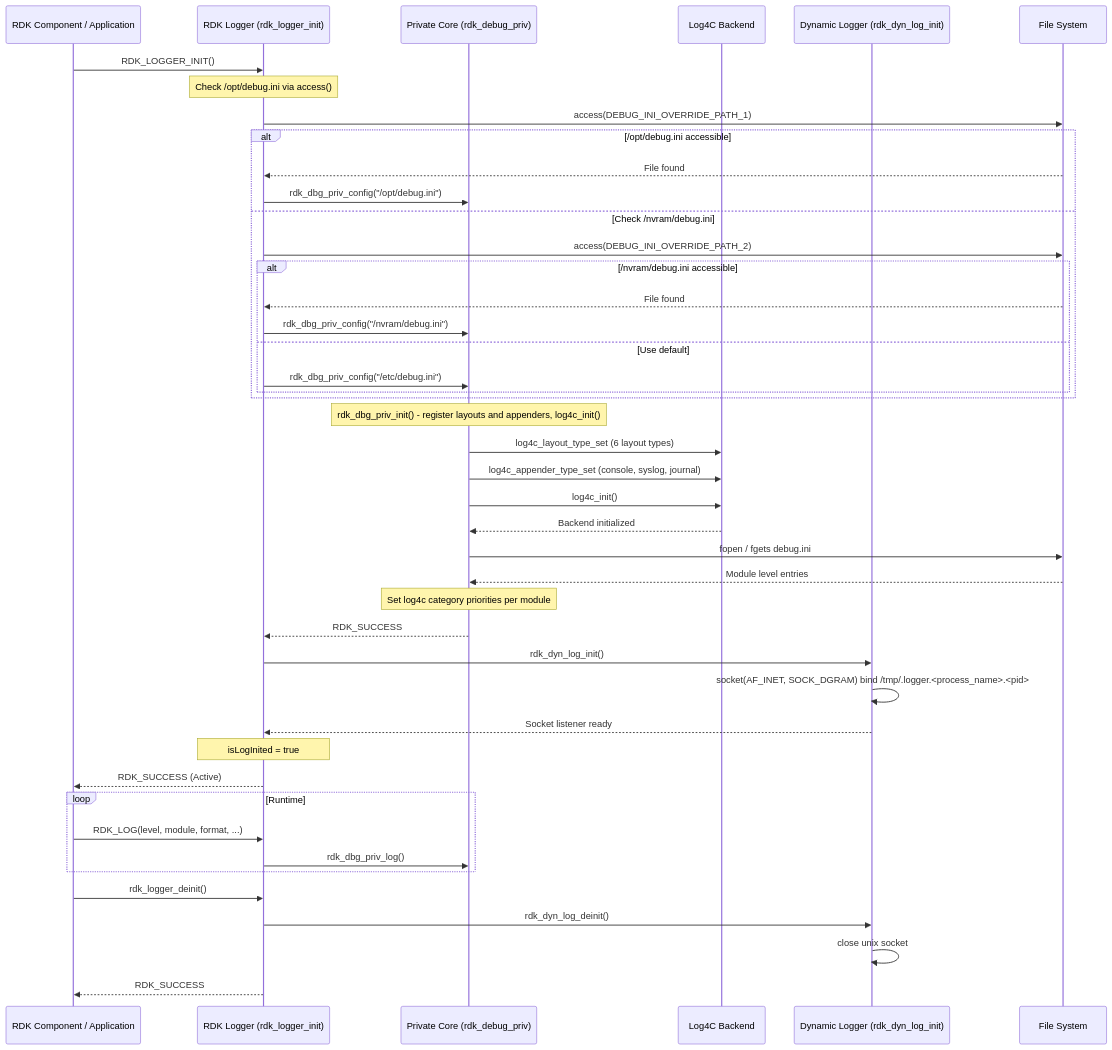
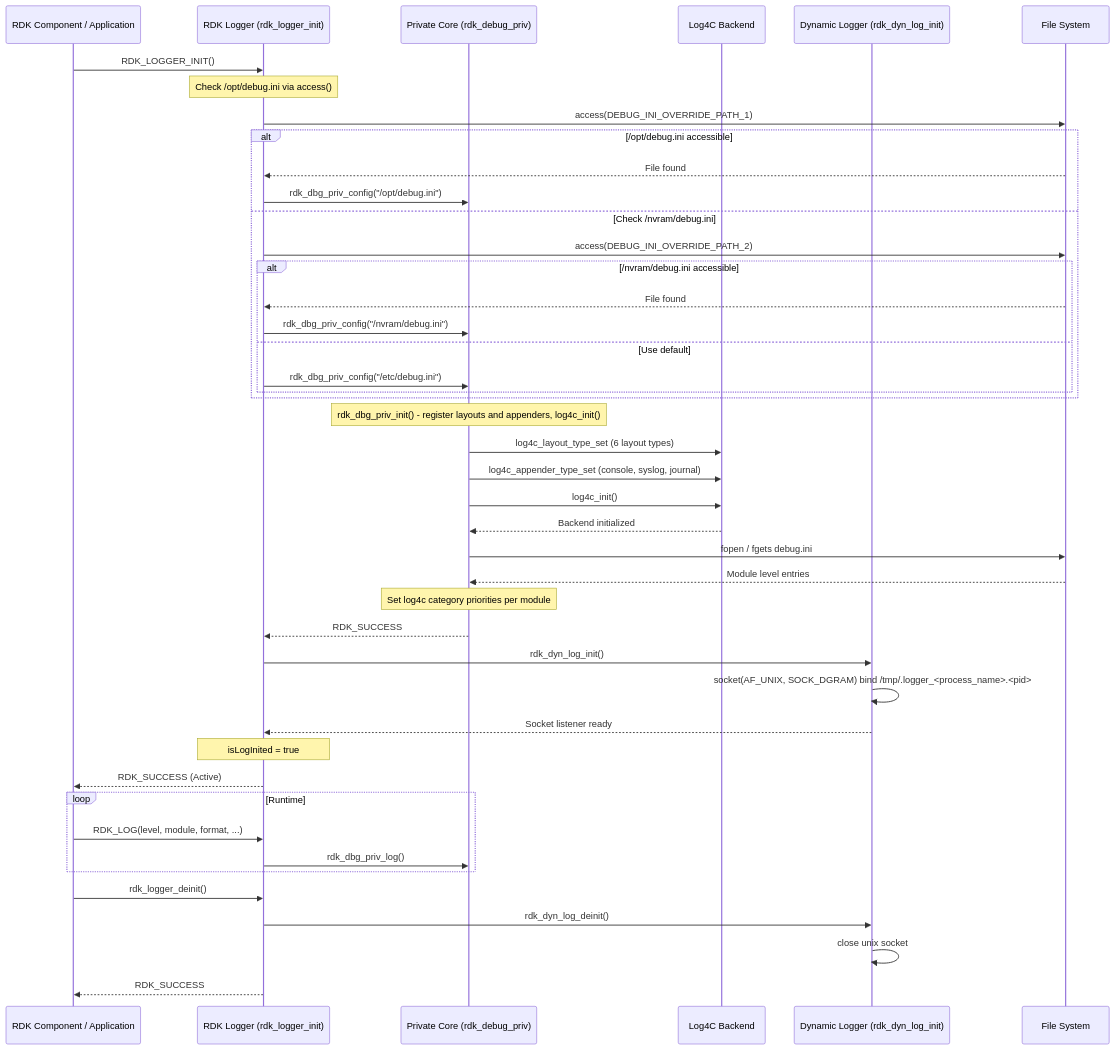
One commit to rdkcentral/rdk_logger changed the third of 8 diagrams in docs/README.md. Above: the diagram before and after it, drawn with Mermaid. The commit also changed other lines of this file and 1 other file, not shown here.

````diff
--- a/docs/README.md
+++ b/docs/README.md
@@ -137,52 +137,52 @@
 ```mermaid
 sequenceDiagram
     participant App as RDK Component / Application
     participant Logger as RDK Logger (rdk_logger_init)
     participant PrivCore as Private Core (rdk_debug_priv)
     participant Log4C as Log4C Backend
     participant DynLog as Dynamic Logger (rdk_dyn_log_init)
     participant FS as File System
 
     App->>Logger: RDK_LOGGER_INIT()
     Note over Logger: Check /opt/debug.ini via access()
     Logger->>FS: access(DEBUG_INI_OVERRIDE_PATH_1)
     alt /opt/debug.ini accessible
         FS-->>Logger: File found
         Logger->>PrivCore: rdk_dbg_priv_config("/opt/debug.ini")
     else Check /nvram/debug.ini
         Logger->>FS: access(DEBUG_INI_OVERRIDE_PATH_2)
         alt /nvram/debug.ini accessible
             FS-->>Logger: File found
             Logger->>PrivCore: rdk_dbg_priv_config("/nvram/debug.ini")
         else Use default
             Logger->>PrivCore: rdk_dbg_priv_config("/etc/debug.ini")
         end
     end
 
     Note over PrivCore: rdk_dbg_priv_init() - register layouts and appenders, log4c_init()
     PrivCore->>Log4C: log4c_layout_type_set (6 layout types)
     PrivCore->>Log4C: log4c_appender_type_set (console, syslog, journal)
     PrivCore->>Log4C: log4c_init()
     Log4C-->>PrivCore: Backend initialized
     PrivCore->>FS: fopen / fgets debug.ini
     FS-->>PrivCore: Module level entries
     Note over PrivCore: Set log4c category priorities per module
     PrivCore-->>Logger: RDK_SUCCESS
 
     Logger->>DynLog: rdk_dyn_log_init()
-    DynLog->>DynLog: socket(AF_INET, SOCK_DGRAM) bind /tmp/.logger.<process_name>.<pid>
+    DynLog->>DynLog: socket(AF_UNIX, SOCK_DGRAM) bind /tmp/.logger_<process_name>.<pid>
     DynLog-->>Logger: Socket listener ready
 
     Note over Logger: isLogInited = true
     Logger-->>App: RDK_SUCCESS (Active)
 
     loop Runtime
         App->>Logger: RDK_LOG(level, module, format, ...)
         Logger->>PrivCore: rdk_dbg_priv_log()
     end
 
     App->>Logger: rdk_logger_deinit()
     Logger->>DynLog: rdk_dyn_log_deinit()
     DynLog->>DynLog: close unix socket
     Logger-->>App: RDK_SUCCESS
 ```
````
